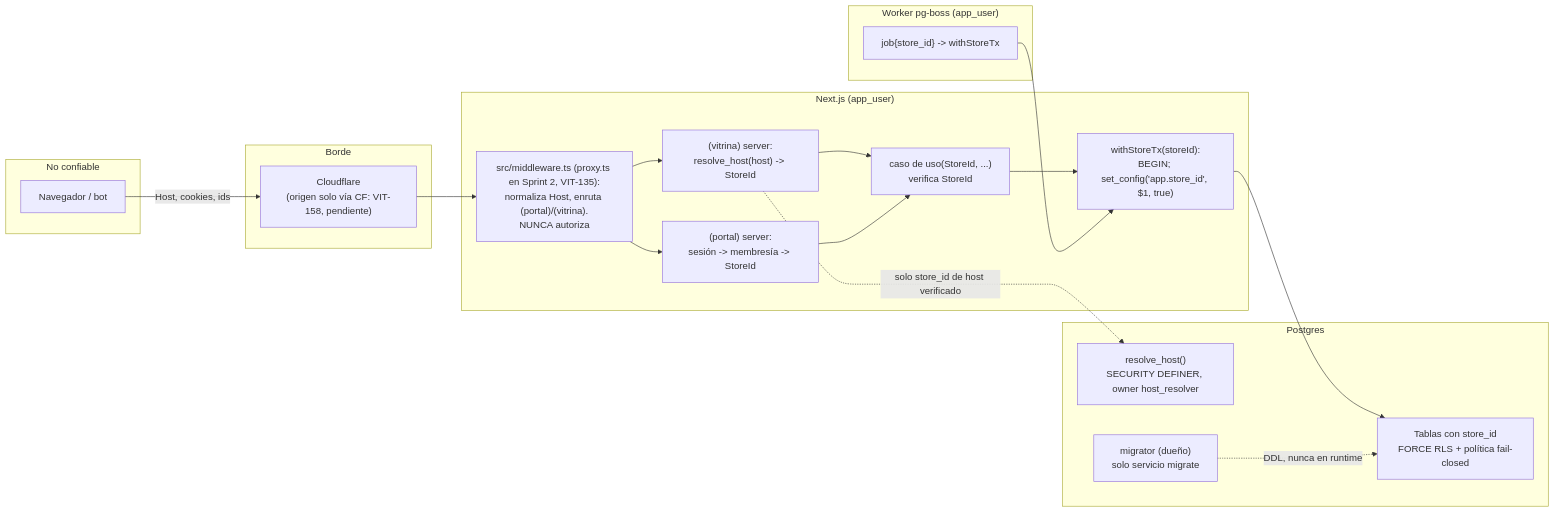
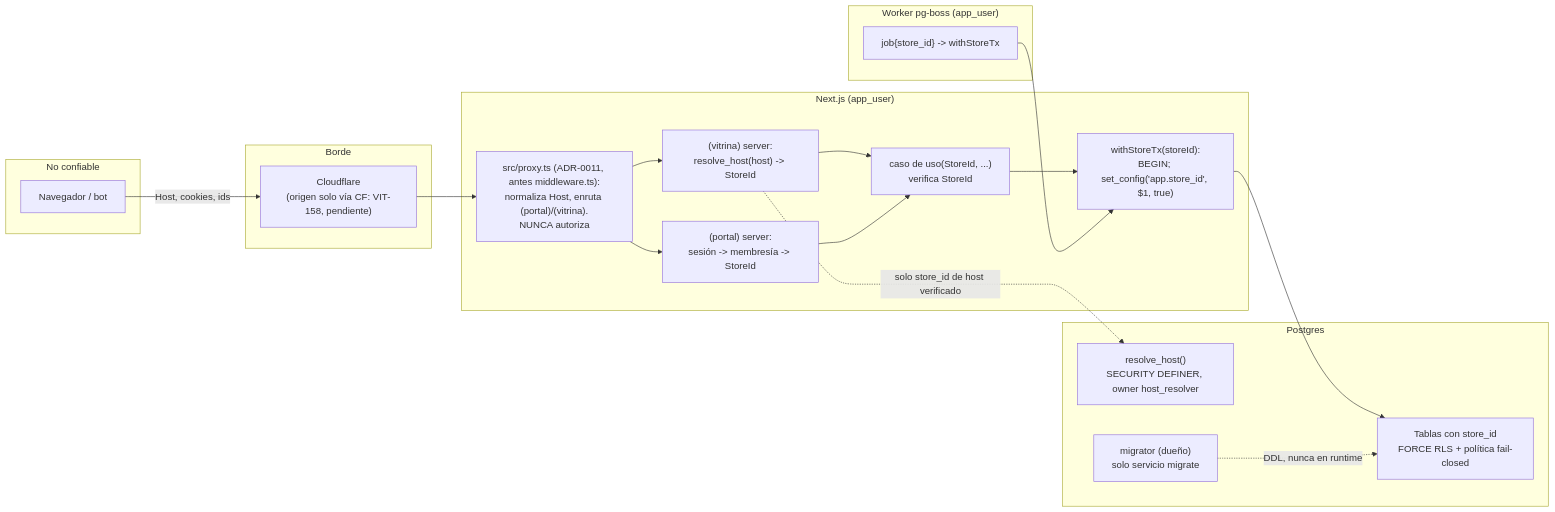
Before and after one commit to cesardonosov/vitrinIA: the diagram in docs/security/threat-models/tenancy.md, drawn with Mermaid. The commit also changed other lines of this file and 8 other files, not shown here.

First line of the commit message:
fix(storefront): apply Security conditions on host routing (VIT-181)

````diff
--- a/docs/security/threat-models/tenancy.md
+++ b/docs/security/threat-models/tenancy.md
@@ -38,31 +38,31 @@
 ```mermaid
 flowchart LR
   subgraph untrusted["No confiable"]
     B[Navegador / bot]
   end
   subgraph edge["Borde"]
     CF["Cloudflare<br/>(origen solo vía CF: VIT-158, pendiente)"]
   end
   subgraph app["Next.js (app_user)"]
-    MW["src/middleware.ts (proxy.ts en Sprint 2, VIT-135):<br/>normaliza Host, enruta (portal)/(vitrina).<br/>NUNCA autoriza"]
+    MW["src/proxy.ts (ADR-0011, antes middleware.ts):<br/>normaliza Host, enruta (portal)/(vitrina).<br/>NUNCA autoriza"]
     V["(vitrina) server:<br/>resolve_host(host) -> StoreId"]
     P["(portal) server:<br/>sesión -> membresía -> StoreId"]
     UC["caso de uso(StoreId, ...)<br/>verifica StoreId"]
     TX["withStoreTx(storeId):<br/>BEGIN; set_config('app.store_id', $1, true)"]
   end
   subgraph worker["Worker pg-boss (app_user)"]
     J["job{store_id} -> withStoreTx"]
   end
   subgraph db["Postgres"]
     RH["resolve_host()<br/>SECURITY DEFINER, owner host_resolver"]
     RLS["Tablas con store_id<br/>FORCE RLS + política fail-closed"]
     MIG["migrator (dueño)<br/>solo servicio migrate"]
   end
   B -->|"Host, cookies, ids"| CF --> MW
   MW --> V --> UC
   MW --> P --> UC
   UC --> TX --> RLS
   V -.->|"solo store_id de host verificado"| RH
   J --> TX
   MIG -.->|"DDL, nunca en runtime"| RLS
 ```
````
